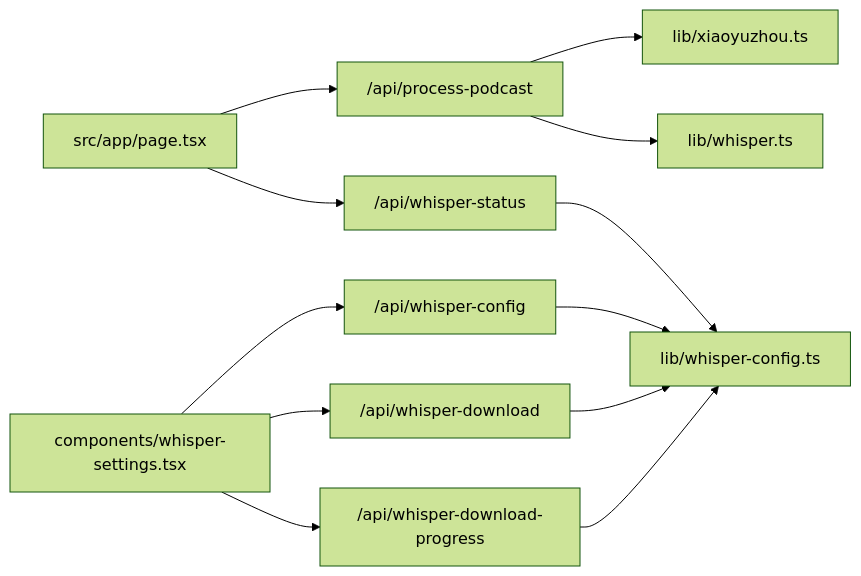
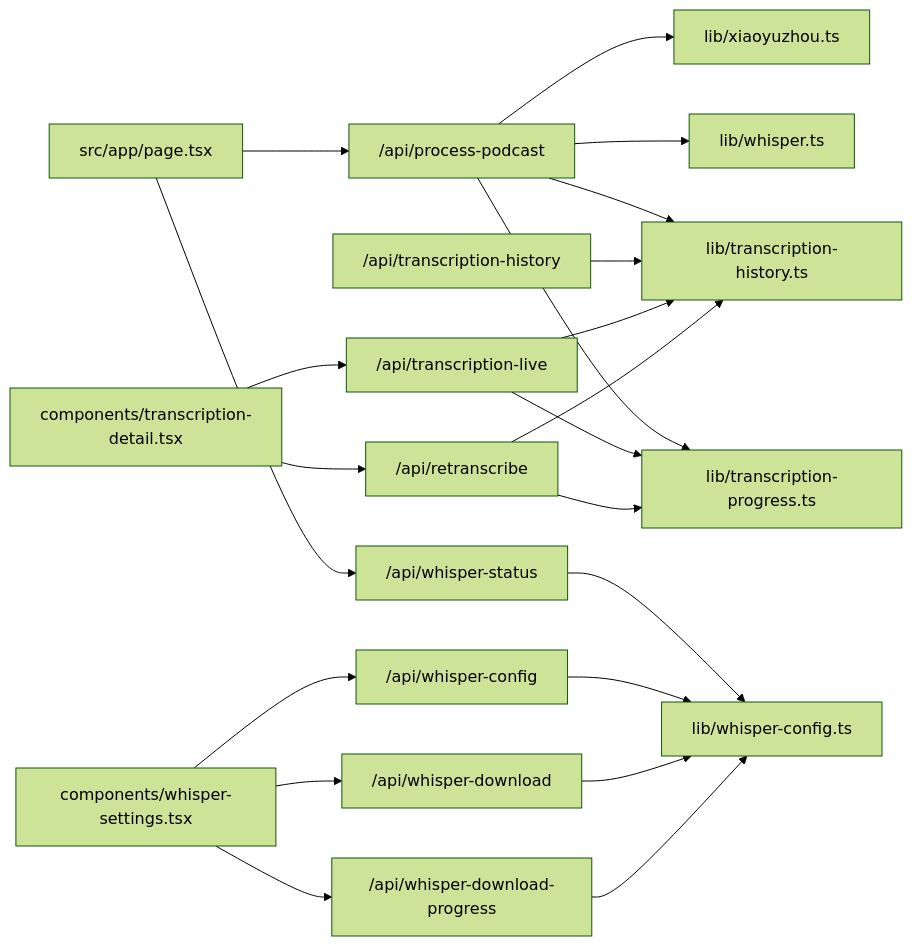
Diagram 12 of 13 in .qoder/repowiki/zh/content/架构设计/数据流设计.md (clawbotai/memo-flow), drawn with Mermaid (forest theme) before and after one commit. The commit also changed other lines of this file and 14 other files, not shown here.

First line of the commit message:
feat(api): 优化转录进度合并策略和详情视图功能

````diff
--- a/.qoder/repowiki/zh/content/架构设计/数据流设计.md
+++ b/.qoder/repowiki/zh/content/架构设计/数据流设计.md
@@ -355,14 +505,23 @@
 ```mermaid
 graph LR
 Page["src/app/page.tsx"] --> APIProc["/api/process-podcast"]
 Page --> APIStat["/api/whisper-status"]
+Detail["components/transcription-detail.tsx"] --> APILive["/api/transcription-live"]
+Detail --> APIRetranscribe["/api/retranscribe"]
 APIProc --> LibXYZ["lib/xiaoyuzhou.ts"]
 APIProc --> LibWhisper["lib/whisper.ts"]
+APIProc --> LibHistory["lib/transcription-history.ts"]
+APIProc --> LibProgress["lib/transcription-progress.ts"]
 APIStat --> LibCfg["lib/whisper-config.ts"]
 APICfg["/api/whisper-config"] --> LibCfg
 APIDown["/api/whisper-download"] --> LibCfg
 APIDownProg["/api/whisper-download-progress"] --> LibCfg
+APIHist["/api/transcription-history"] --> LibHistory
+APILive --> LibHistory
+APILive --> LibProgress
+APIRetranscribe --> LibHistory
+APIRetranscribe --> LibProgress
 Settings["components/whisper-settings.tsx"] --> APICfg
 Settings --> APIDown
 Settings --> APIDownProg
 ```
````
